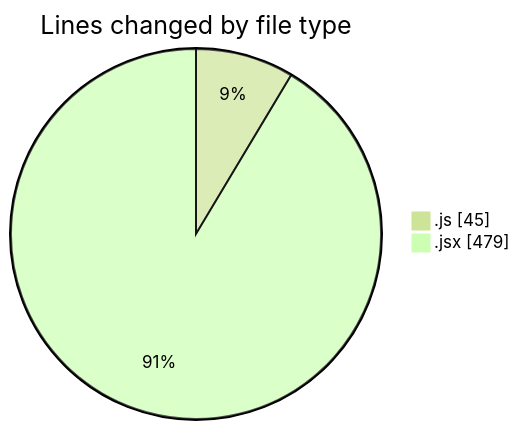
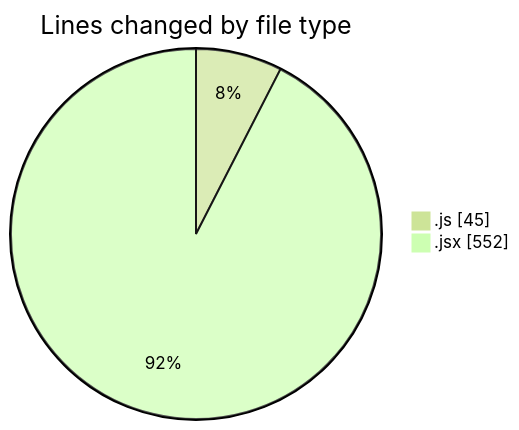
One commit to nxtqubesakshisongat/code-tracking changed the first of 2 diagrams in 2025-06-07/nxtqube_webapp/README.md. Above: the diagram before and after it, drawn with Mermaid (forest theme). The commit also changed other lines of this file and 1 other file, not shown here.

````diff
--- a/2025-06-07/nxtqube_webapp/README.md
+++ b/2025-06-07/nxtqube_webapp/README.md
@@ -21,6 +21,6 @@
 ```mermaid
 pie showData
 title Lines changed by file type
 ".js" : 45
-".jsx" : 479
+".jsx" : 552
 ```
````
